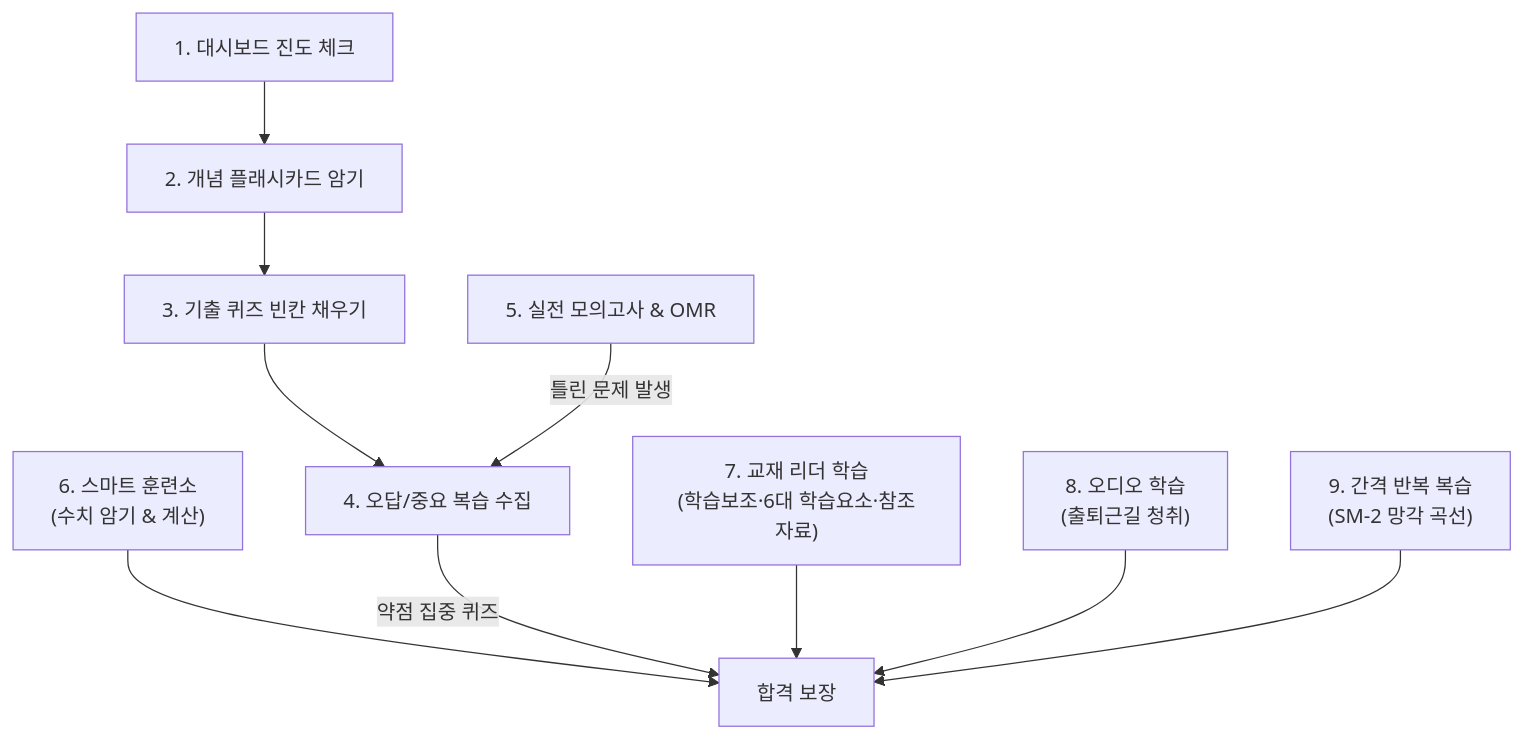
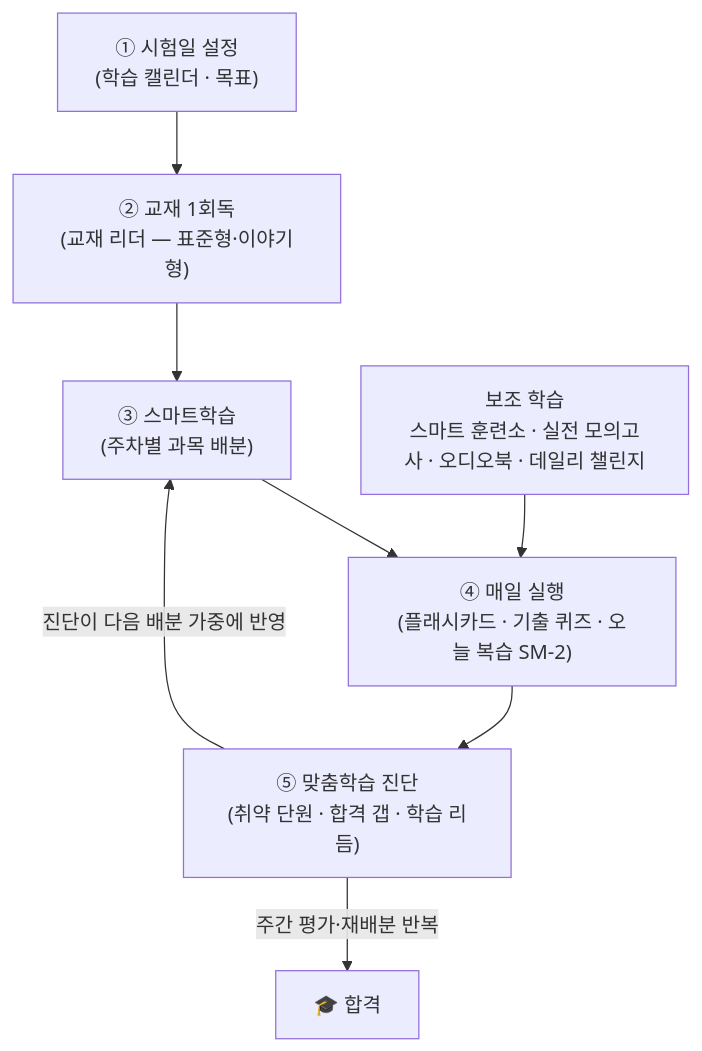
The first of 2 diagrams in content/exams/cosmetic/docs/user_manual.md (skygoldlee-cyber/passory), drawn with Mermaid before and after one commit. The commit also changed other lines of this file and 12 other files, not shown here.

````diff
--- a/content/exams/cosmetic/docs/user_manual.md
+++ b/content/exams/cosmetic/docs/user_manual.md
@@ -28,12 +28,10 @@
 ```mermaid
 graph TD
-    A["1. 대시보드 진도 체크"] --> B["2. 개념 플래시카드 암기"]
-    B --> C["3. 기출 퀴즈 빈칸 채우기"]
-    C --> D["4. 오답/중요 복습 수집"]
-    E["5. 실전 모의고사 & OMR"] -->|틀린 문제 발생| D
-    F["6. 스마트 훈련소<br/>(수치 암기 & 계산)"] --> G["합격 보장"]
-    D -->|약점 집중 퀴즈| G
-    H["7. 교재 리더 학습<br/>(학습보조·6대 학습요소·참조자료)"] --> G
-    I["8. 오디오 학습<br/>(출퇴근길 청취)"] --> G
-    J["9. 간격 반복 복습<br/>(SM-2 망각 곡선)"] --> G
+    A["① 시험일 설정<br/>(학습 캘린더 · 목표)"] --> B["② 교재 1회독<br/>(교재 리더 — 표준형·이야기형)"]
+    B --> C["③ 스마트학습<br/>(주차별 과목 배분)"]
+    C --> D["④ 매일 실행<br/>(플래시카드 · 기출 퀴즈 · 오늘 복습 SM-2)"]
+    D --> E["⑤ 맞춤학습 진단<br/>(취약 단원 · 합격 갭 · 학습 리듬)"]
+    E -->|"진단이 다음 배분 가중에 반영"| C
+    F["보조 학습<br/>스마트 훈련소 · 실전 모의고사 · 오디오북 · 데일리 챌린지"] --> D
+    E -->|"주간 평가·재배분 반복"| G["🎓 합격"]
 ```
````
